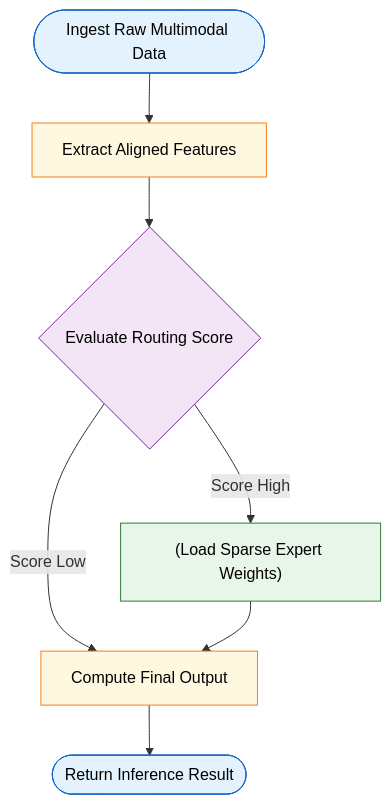
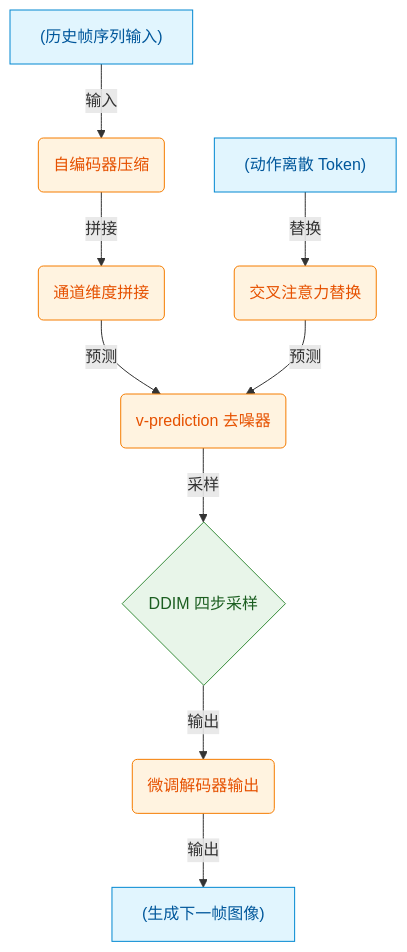
The eighth of 10 diagrams in person_vault/2026-06-08_DiffusionModelsAreRealTimeGameEngines_2408.14837/report.md (ShinewineW/paper-rolling), drawn with Mermaid before and after one commit. The commit also changed other lines of this file and 51 other files, not shown here.

````diff
--- a/person_vault/2026-06-08_DiffusionModelsAreRealTimeGameEngines_2408.14837/report.md
+++ b/person_vault/2026-06-08_DiffusionModelsAreRealTimeGameEngines_2408.14837/report.md
@@ -374,21 +506,26 @@
 ```mermaid
-flowchart TB
-  classDef start fill:#e3f2fd,color:#000,stroke:#1565c0
-  classDef proc fill:#fff8e1,color:#000,stroke:#f57f17
-  classDef dec fill:#f3e5f5,color:#000,stroke:#7b1fa2
-  classDef data fill:#e8f5e9,color:#000,stroke:#2e7d32
+flowchart TD
+  classDef data fill:#e1f5fe,color:#01579b,stroke:#0288d1;
+  classDef process fill:#fff3e0,color:#e65100,stroke:#f57c00;
+  classDef decision fill:#e8f5e9,color:#1b5e20,stroke:#388e3c;
+  classDef output fill:#f3e5f5,color:#4a148c,stroke:#7b1fa2;
 
-  ingest_data(["Ingest Raw Multimodal Data"]):::start
-  extract_feat["Extract Aligned Features"]:::proc
-  check_route{Evaluate Routing Score}:::dec
-  load_weights["(Load Sparse Expert Weights)"]:::data
-  compute_out["Compute Final Output"]:::proc
-  finish_run(["Return Inference Result"]):::start
+  hist_frames["(历史帧序列输入)"]:::data
+  act_tokens["(动作离散 Token)"]:::data
+  latent_encode(自编码器压缩):::process
+  channel_concat(通道维度拼接):::process
+  cross_attn(交叉注意力替换):::process
+  denoiser(v-prediction 去噪器):::process
+  ddim_sample{DDIM 四步采样}:::decision
+  decoder_finetune(微调解码器输出):::process
+  final_frame["(生成下一帧图像)"]:::data
 
-  ingest_data --> extract_feat
-  extract_feat --> check_route
-  check_route -->|Score High| load_weights
-  check_route -->|Score Low| compute_out
-  load_weights --> compute_out
-  compute_out --> finish_run
+  hist_frames -->|输入| latent_encode
+  act_tokens -->|替换| cross_attn
+  latent_encode -->|拼接| channel_concat
+  channel_concat -->|预测| denoiser
+  cross_attn -->|预测| denoiser
+  denoiser -->|采样| ddim_sample
+  ddim_sample -->|输出| decoder_finetune
+  decoder_finetune -->|输出| final_frame
 ```
````
